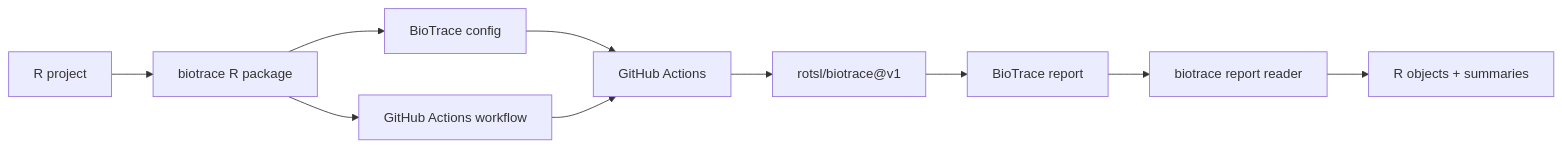
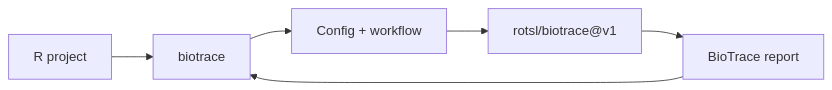
The third of 5 diagrams in README.md (rotsl/rotsl.r-universe.dev), drawn with Mermaid before and after one commit. The commit also changed other lines of this file, not shown here.

````diff
--- a/README.md
+++ b/README.md
@@ -238,15 +150,8 @@
-``` mermaid
+```mermaid
 flowchart LR
-    A["R project"] --> B["biotrace R package"]
-    B --> C["BioTrace config"]
-    B --> D["GitHub Actions workflow"]
-
-    C --> E["GitHub Actions"]
-    D --> E
-
-    E --> F["rotsl/biotrace@v1"]
-    F --> G["BioTrace report"]
-
-    G --> H["biotrace report reader"]
-    H --> I["R objects + summaries"]
+    A["R project"] --> B["biotrace"]
+    B --> C["Config + workflow"]
+    C --> D["rotsl/biotrace@v1"]
+    D --> E["BioTrace report"]
+    E --> B
 ```
````
